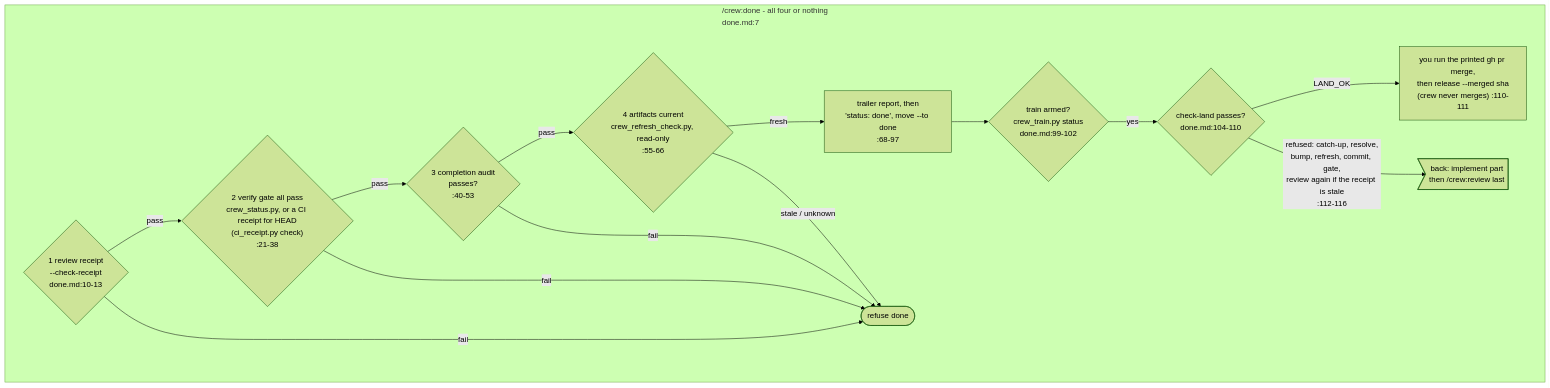
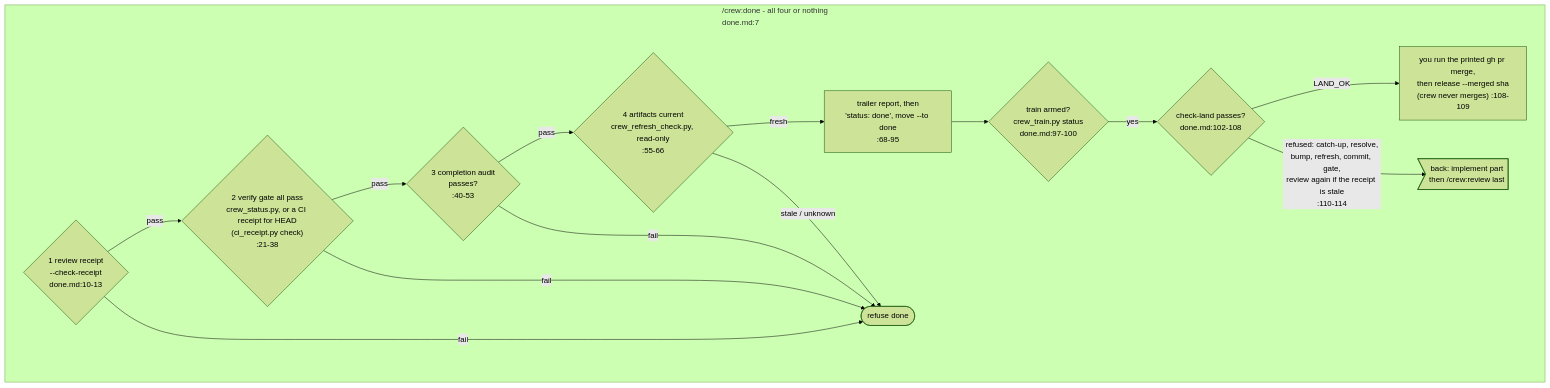
One commit to mbadali25/useful-claude-add-ons changed the diagram in docs/diagrams/process-crew-lifecycle-done.mmd. Above: the diagram before and after it, drawn with Mermaid (forest theme). The commit also changed 5 other files, not shown here.

First line of the commit message:
T-0066: done.md back within its 120-line budget after merging main

```diff
--- a/docs/diagrams/process-crew-lifecycle-done.mmd
+++ b/docs/diagrams/process-crew-lifecycle-done.mmd
@@ -1,43 +1,43 @@
 %% Generated from useful-claude-add-ons@f808e5f0 on 2026-10-03. Verify before trusting.
 %% Anchors: plugin/crew/commands/done.md, plugin/crew/hooks/scripts/crew_ticket.py, plugin/crew/hooks/scripts/completion_audit.py, plugin/crew/hooks/scripts/crew_refresh_check.py, plugin/crew/hooks/scripts/crew_tracker.py, plugin/crew/hooks/scripts/crew_train.py
 %% Purpose: /crew:done's four checks, all of which must pass before the ticket is marked done, and the optional landing through the merge train.
 %% Re-drawn for T-0066 (crew 1.0.356, merging origin/main c9263465, then edb2b8ff, 155fe6d8 and e9364a70, all leaving done.md unchanged): the trailer
-%%    report (done.md:68-79) folded into dn4, which it precedes (a separate node crossed dn1 -> dnx); done.md cites re-read on this tree.
+%%    report (done.md:68-76) folded into dn4, which it precedes (a separate node crossed dn1 -> dnx); done.md cites re-read on this tree.
 %% One part of the crew lifecycle; process-crew-lifecycle.mmd is the overview and keeps the re-anchor history.
 %% Arrow-shaped nodes ("next:" / "back:" / "again:") stand for a node drawn in the named part.
 %% --
 %% Every node cites the command file's own line; files are named repo-relative
 %% here and by basename in the nodes (all under plugin/crew/commands/ unless
 %% named otherwise):
 %%   plugin/crew/commands/done.md:7 all four checks must pass; :10-13 check 1
 %%     review receipt (--check-receipt); :21-29 check 2 verify gate via
 %%     crew_status.py; :37-40 check 3 completion audit (:45-50: a refresh artifact
 %%     not admitted is listed with its reason); :52-63 check 4
 %%     crew_refresh_check.py (:55), read-only, refuses on stale/unknown and never
 %%     refreshes; :65-71 all pass -> spec.md `status: done`, keeping the approval
 %%     (:67-68), then crew_tracker.py move --to done (:69); :76 crew_metrics record.
 %% --
 %% Note dn3: (refresh artifacts: re-anchor or regeneration the change reaches)
-%% Note dn4: first a report, never a check (T-0066, done.md:68-79): crew_trailers.py --check lists
+%% Note dn4: first a report, never a check (T-0066, done.md:68-76): crew_trailers.py --check lists
 %%    git.forbiddenTrailers over the ticket's own commits (git log --first-parent) as clean / FINDING /
 %%    unknown, copied to the close note and PR body; never refuses, never rewrites. Then spec.md
 %%    'status: done' (keeps the approval), crew_tracker.py move --to done, crew_metrics record
 %% Note ln1: crew_train.py check-land: holds the train, merge-tree clean, base unmoved in
 %%    Touch, receipt + gate
 %% Note ln2: --merge --match-head-commit sha
 flowchart TB
     subgraph done["/crew:done - all four or nothing<br/>done.md:7"]
         dn1{"1 review receipt<br/>--check-receipt<br/>done.md:10-13"}
         dn1 -- pass --> dn2{"2 verify gate all pass<br/>crew_status.py, or a CI receipt for HEAD<br/>(ci_receipt.py check)<br/>:21-38"}
         dn2 -- pass --> dn3{"3 completion audit<br/>passes?<br/>:40-53"}
         dn3 -- pass --> dn5{"4 artifacts current<br/>crew_refresh_check.py, read-only<br/>:55-66"}
-        dn5 -- fresh --> dn4["trailer report, then<br/>'status: done', move --to done<br/>:68-97"]
+        dn5 -- fresh --> dn4["trailer report, then<br/>'status: done', move --to done<br/>:68-95"]
         dn1 -- fail --> dnx([refuse done])
         dn2 -- fail --> dnx
         dn3 -- fail --> dnx
         dn5 -- "stale / unknown" --> dnx
-        dn4 --> ln0{"train armed?<br/>crew_train.py status<br/>done.md:99-102"}
-        ln0 -- yes --> ln1{"check-land passes?<br/>done.md:104-110"}
-        ln1 -- LAND_OK --> ln2["you run the printed gh pr merge,<br/>then release --merged sha<br/>(crew never merges) :110-111"]
-        ln1 -- "refused: catch-up, resolve,<br/>bump, refresh, commit, gate,<br/>review again if the receipt is stale<br/>:112-116" --> to_im5>"back: implement part<br/>then /crew:review last"]
+        dn4 --> ln0{"train armed?<br/>crew_train.py status<br/>done.md:97-100"}
+        ln0 -- yes --> ln1{"check-land passes?<br/>done.md:102-108"}
+        ln1 -- LAND_OK --> ln2["you run the printed gh pr merge,<br/>then release --merged sha<br/>(crew never merges) :108-109"]
+        ln1 -- "refused: catch-up, resolve,<br/>bump, refresh, commit, gate,<br/>review again if the receipt is stale<br/>:110-114" --> to_im5>"back: implement part<br/>then /crew:review last"]
     end
```
